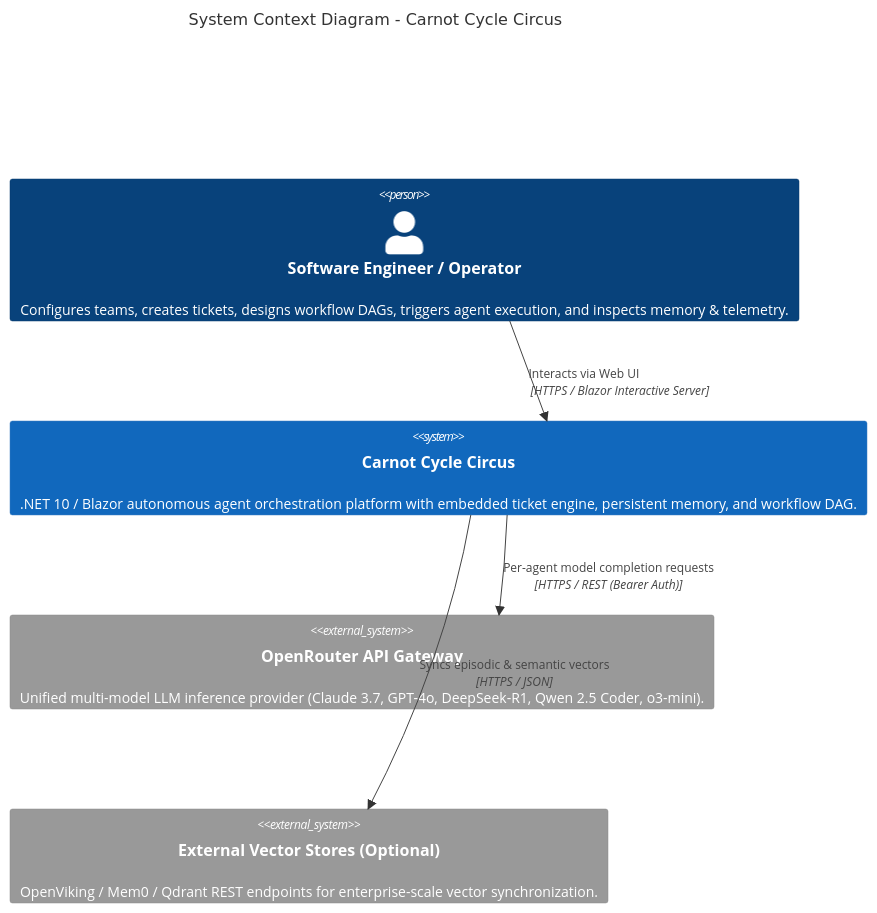
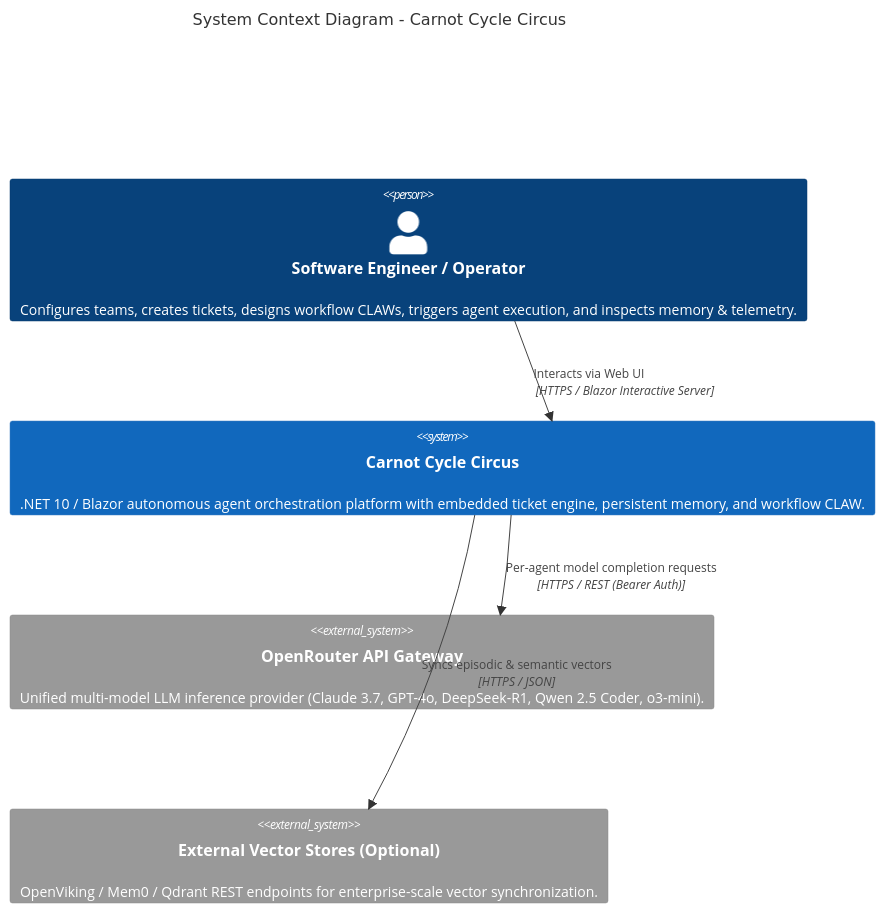
One commit to chadahoochie/carnot-cycle-circus changed the first of 3 diagrams in docs/architecture/system-overview.md. Above: the diagram before and after it, drawn with Mermaid. The commit also changed other lines of this file and 46 other files, not shown here.

````diff
--- a/docs/architecture/system-overview.md
+++ b/docs/architecture/system-overview.md
@@ -21,15 +21,15 @@
 ```mermaid
 C4Context
     title System Context Diagram - Carnot Cycle Circus
 
-    Person(developer, "Software Engineer / Operator", "Configures teams, creates tickets, designs workflow DAGs, triggers agent execution, and inspects memory & telemetry.")
+    Person(developer, "Software Engineer / Operator", "Configures teams, creates tickets, designs workflow CLAWs, triggers agent execution, and inspects memory & telemetry.")
     
-    System(circus, "Carnot Cycle Circus", ".NET 10 / Blazor autonomous agent orchestration platform with embedded ticket engine, persistent memory, and workflow DAG.")
+    System(circus, "Carnot Cycle Circus", ".NET 10 / Blazor autonomous agent orchestration platform with embedded ticket engine, persistent memory, and workflow CLAW.")
     
     System_Ext(openrouter, "OpenRouter API Gateway", "Unified multi-model LLM inference provider (Claude 3.7, GPT-4o, DeepSeek-R1, Qwen 2.5 Coder, o3-mini).")
     System_Ext(ext_memory, "External Vector Stores (Optional)", "OpenViking / Mem0 / Qdrant REST endpoints for enterprise-scale vector synchronization.")
 
     Rel(developer, circus, "Interacts via Web UI", "HTTPS / Blazor Interactive Server")
     Rel(circus, openrouter, "Per-agent model completion requests", "HTTPS / REST (Bearer Auth)")
     Rel(circus, ext_memory, "Syncs episodic & semantic vectors", "HTTPS / JSON")
 ```
````
